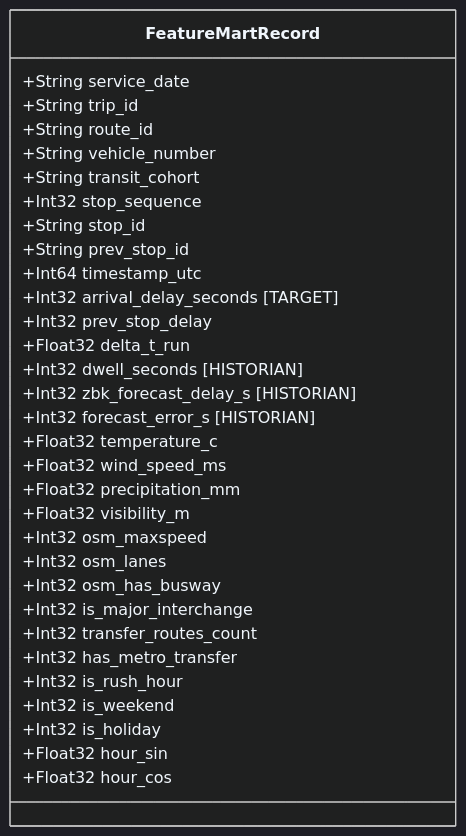
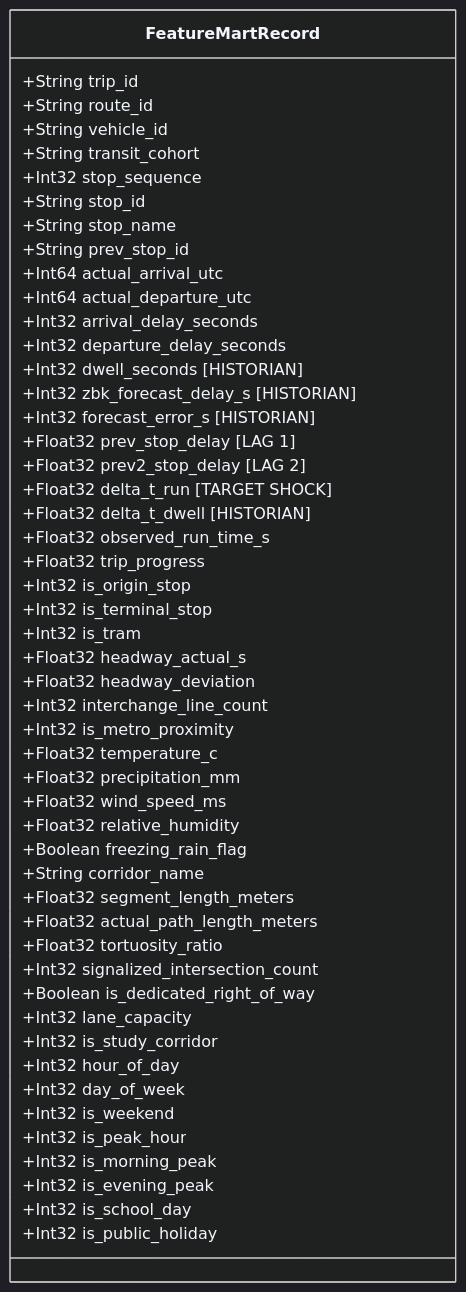
One commit to giangh14cqt/warsaw-public-transport-monitor changed the third of 3 diagrams in architect/data_processing/feature_mart_fusion.md. Above: the diagram before and after it, drawn with Mermaid. The commit also changed other lines of this file and 6 other files, not shown here.

Commit message:
docs(architect): document database matching for historian from raw data to gold and gold to mat matrix

````diff
--- a/architect/data_processing/feature_mart_fusion.md
+++ b/architect/data_processing/feature_mart_fusion.md
@@ -110,46 +348,65 @@
 ```mermaid
 %%{init: {
   'theme': 'dark',
   'themeVariables': {
     'darkMode': true,
     'background': '#0d1117',
     'classText': '#f0f6fc',
     'classBorder': '#58a6ff',
     'classBkg': '#161b22',
     'lineColor': '#8b949e'
   }
 }}%%
 classDiagram
     class FeatureMartRecord {
-        +String service_date
         +String trip_id
         +String route_id
-        +String vehicle_number
+        +String vehicle_id
         +String transit_cohort
         +Int32 stop_sequence
         +String stop_id
+        +String stop_name
         +String prev_stop_id
-        +Int64 timestamp_utc
-        +Int32 arrival_delay_seconds [TARGET]
-        +Int32 prev_stop_delay
-        +Float32 delta_t_run
+        +Int64 actual_arrival_utc
+        +Int64 actual_departure_utc
+        +Int32 arrival_delay_seconds
+        +Int32 departure_delay_seconds
         +Int32 dwell_seconds [HISTORIAN]
         +Int32 zbk_forecast_delay_s [HISTORIAN]
         +Int32 forecast_error_s [HISTORIAN]
+        +Float32 prev_stop_delay [LAG 1]
+        +Float32 prev2_stop_delay [LAG 2]
+        +Float32 delta_t_run [TARGET SHOCK]
+        +Float32 delta_t_dwell [HISTORIAN]
+        +Float32 observed_run_time_s
+        +Float32 trip_progress
+        +Int32 is_origin_stop
+        +Int32 is_terminal_stop
+        +Int32 is_tram
+        +Float32 headway_actual_s
+        +Float32 headway_deviation
+        +Int32 interchange_line_count
+        +Int32 is_metro_proximity
         +Float32 temperature_c
+        +Float32 precipitation_mm
         +Float32 wind_speed_ms
-        +Float32 precipitation_mm
-        +Float32 visibility_m
-        +Int32 osm_maxspeed
-        +Int32 osm_lanes
-        +Int32 osm_has_busway
-        +Int32 is_major_interchange
-        +Int32 transfer_routes_count
-        +Int32 has_metro_transfer
-        +Int32 is_rush_hour
+        +Float32 relative_humidity
+        +Boolean freezing_rain_flag
+        +String corridor_name
+        +Float32 segment_length_meters
+        +Float32 actual_path_length_meters
+        +Float32 tortuosity_ratio
+        +Int32 signalized_intersection_count
+        +Boolean is_dedicated_right_of_way
+        +Int32 lane_capacity
+        +Int32 is_study_corridor
+        +Int32 hour_of_day
+        +Int32 day_of_week
         +Int32 is_weekend
-        +Int32 is_holiday
-        +Float32 hour_sin
-        +Float32 hour_cos
+        +Int32 is_peak_hour
+        +Int32 is_morning_peak
+        +Int32 is_evening_peak
+        +Int32 is_school_day
+        +Int32 is_public_holiday
     }
 ```
````
